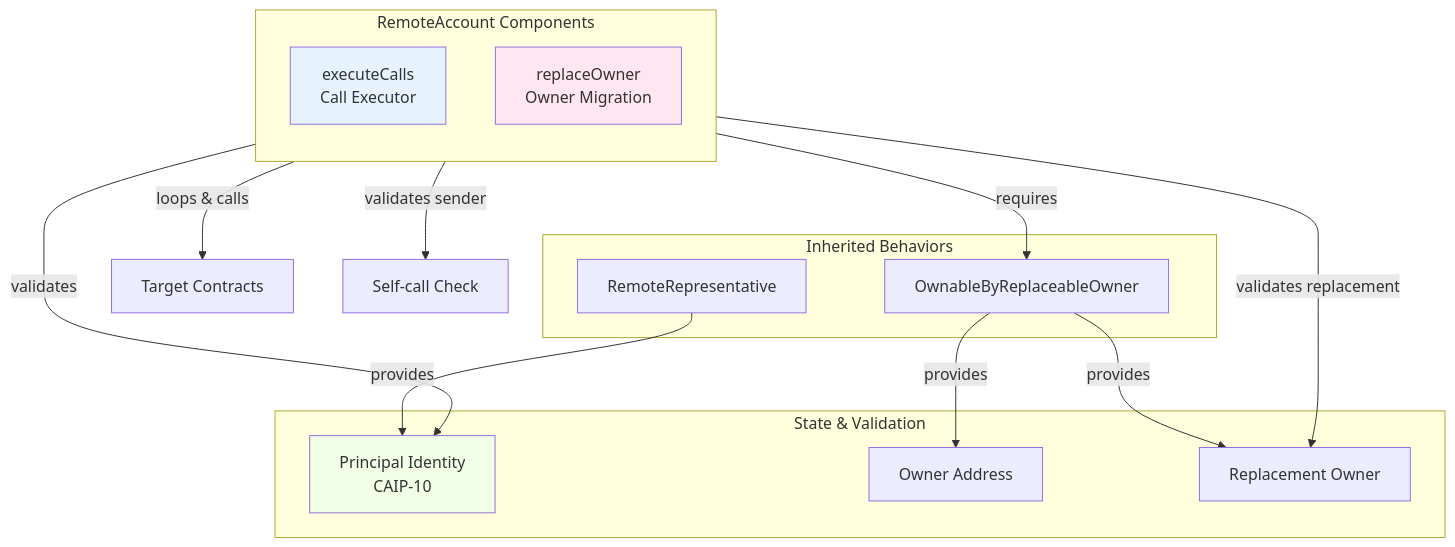
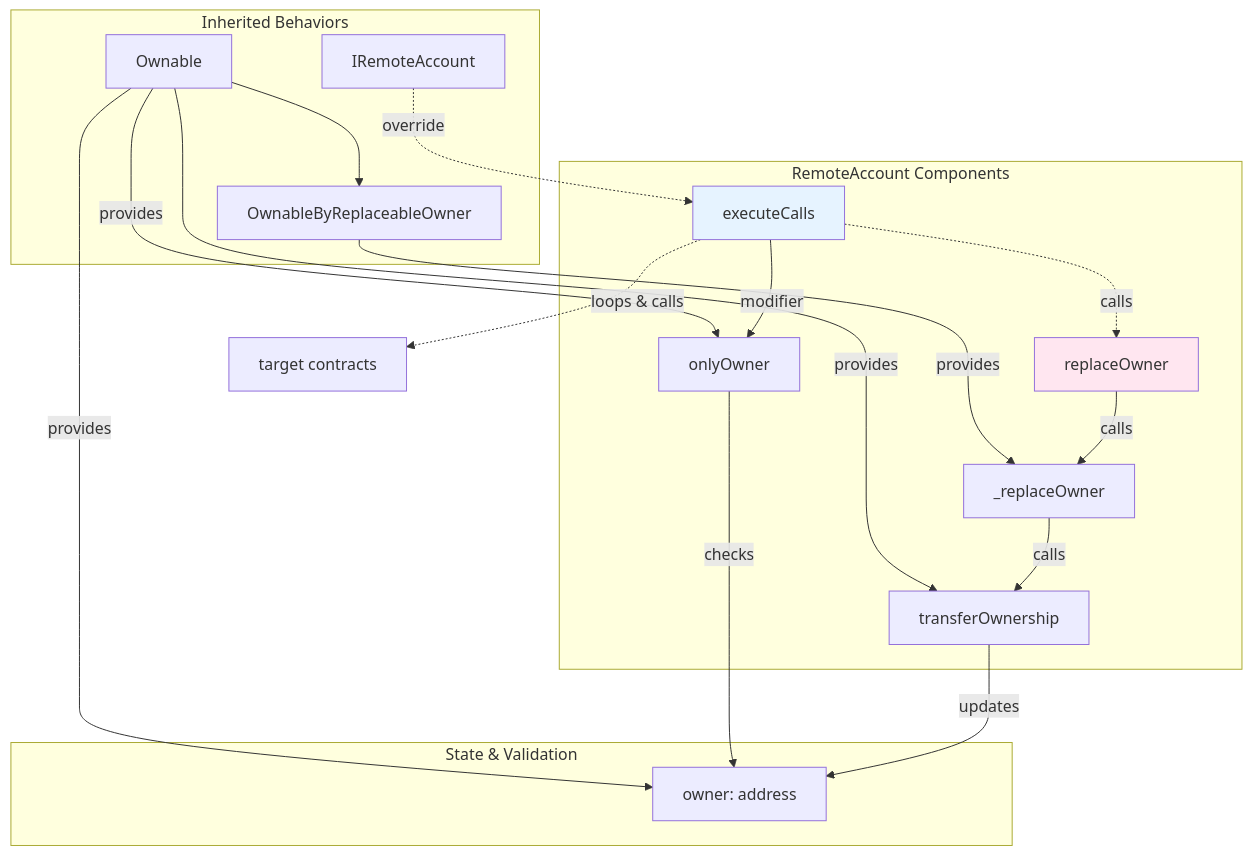
Before and after one commit to agoric-labs/agoric-to-axelar-local: the fourth of 8 diagrams in packages/axelar-local-dev-cosmos/src/contracts/design.md, drawn with Mermaid. The commit also changed other lines of this file, not shown here.

````diff
--- a/packages/axelar-local-dev-cosmos/src/contracts/design.md
+++ b/packages/axelar-local-dev-cosmos/src/contracts/design.md
@@ -149,34 +161,44 @@
 ```mermaid
 graph TB
-    subgraph "RemoteAccount Components"
-        direction TB
-        EXEC[executeCalls<br/>Call Executor]
-        REPL[replaceOwner<br/>Owner Migration]
+    subgraph "Inherited Behaviors"
+        Ownable
+        OwnableByReplaceableOwner
+        IRemoteAccount
     end
     
-    subgraph "Inherited Behaviors"
-        OWN[OwnableByReplaceableOwner]
-        REP[RemoteRepresentative]
+    subgraph "RemoteAccount Components"
+        executeCalls
+        replaceOwner
+        _replaceOwner
+        onlyOwner
+        transferOwnership
     end
     
     subgraph "State & Validation"
-        PRIN[Principal Identity<br/>CAIP-10]
-        OWN_STATE[Owner Address]
-        REPL_STATE[Replacement Owner]
+        owner[owner: address]
     end
     
-    REP -->|provides| PRIN
-    OWN -->|provides| OWN_STATE
-    OWN -->|provides| REPL_STATE
+    EXTERNAL[target contracts]
     
-    EXEC -->|requires| OWN
-    EXEC -->|validates| PRIN
-    EXEC -->|loops & calls| CALLS[Target Contracts]
+    %% inheritance
+    IRemoteAccount -.->|override| executeCalls
+    Ownable --> OwnableByReplaceableOwner
+    OwnableByReplaceableOwner -->|provides| _replaceOwner
+    Ownable -->|provides| onlyOwner
+    Ownable -->|provides| transferOwnership
+    Ownable -->|provides| owner
     
-    REPL -->|validates sender| SELF[Self-call Check]
-    REPL -->|validates replacement| REPL_STATE
+    %% operation
+    executeCalls -->|modifier| onlyOwner
+    executeCalls -.->|loops & calls| EXTERNAL
+    executeCalls -.->|calls| replaceOwner
+    replaceOwner -->|calls| _replaceOwner
+    _replaceOwner -->|calls| transferOwnership
     
-    style EXEC fill:#e6f3ff
-    style REPL fill:#ffe6f0
-    style PRIN fill:#f0ffe6
+    %% state access
+    onlyOwner -->|checks| owner
+    transferOwnership -->|updates| owner
+    
+    style executeCalls fill:#e6f3ff
+    style replaceOwner fill:#ffe6f0
 ```
````
